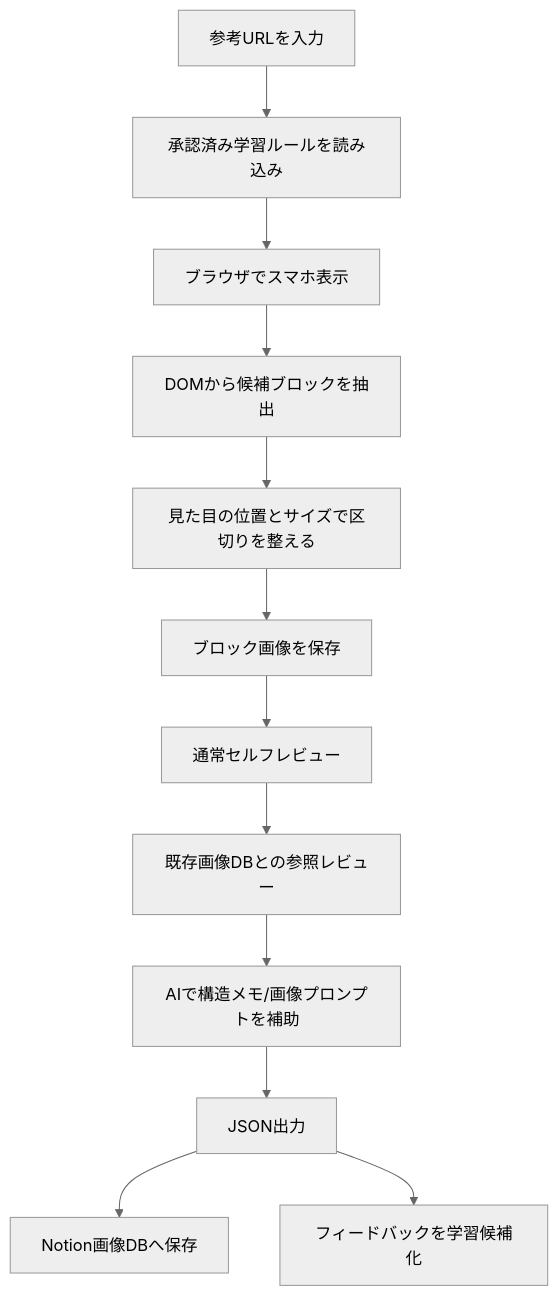
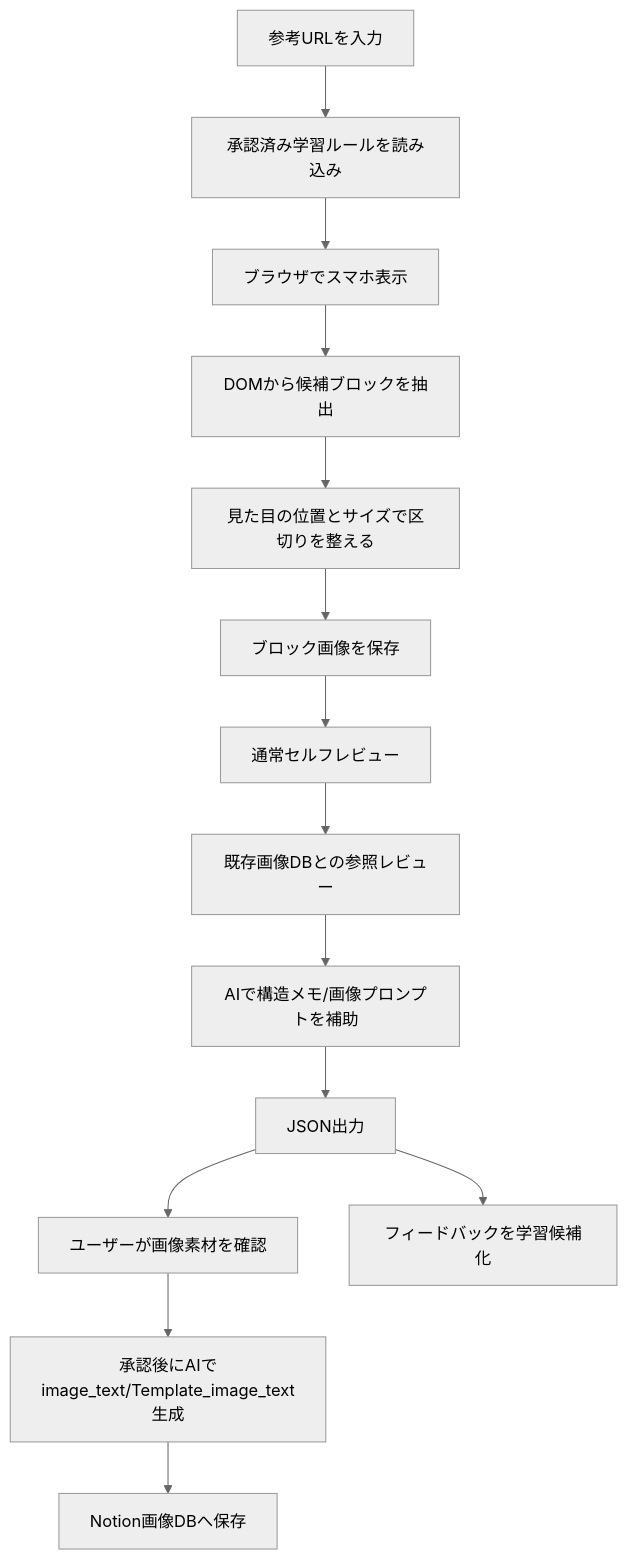
Before and after one commit to k4415/competitor-block-capture: the diagram in README.md, drawn with Mermaid (neutral theme). The commit also changed other lines of this file and 8 other files, not shown here.

Commit message:
Add approved image text finalization

````diff
--- a/README.md
+++ b/README.md
@@ -19,14 +20,16 @@
 ```mermaid
 flowchart TD
   A["参考URLを入力"] --> B["承認済み学習ルールを読み込み"]
   B --> C["ブラウザでスマホ表示"]
   C --> D["DOMから候補ブロックを抽出"]
   D --> E["見た目の位置とサイズで区切りを整える"]
   E --> F["ブロック画像を保存"]
   F --> G["通常セルフレビュー"]
   G --> H["既存画像DBとの参照レビュー"]
   H --> I["AIで構造メモ/画像プロンプトを補助"]
   I --> J["JSON出力"]
-  J --> K["Notion画像DBへ保存"]
-  J --> L["フィードバックを学習候補化"]
+  J --> K["ユーザーが画像素材を確認"]
+  K --> L["承認後にAIでimage_text/Template_image_text生成"]
+  L --> M["Notion画像DBへ保存"]
+  J --> N["フィードバックを学習候補化"]
 ```
````
